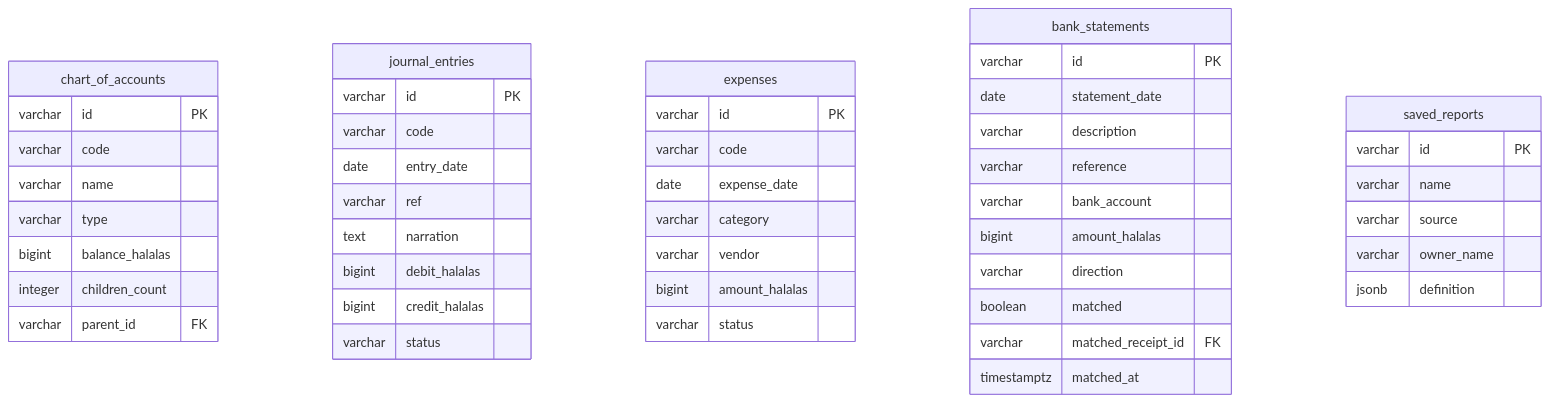
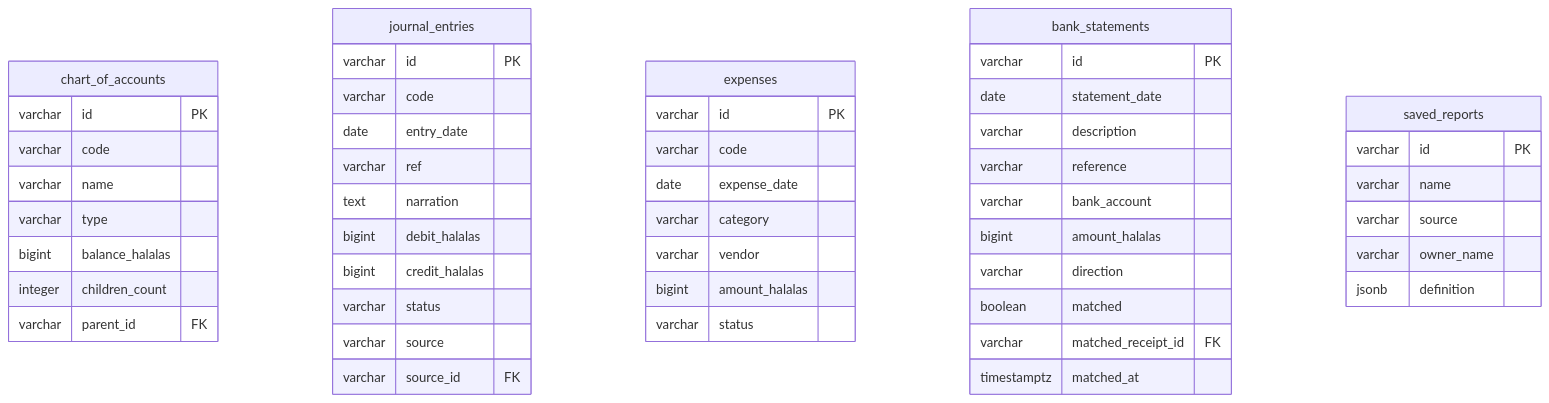
Before and after one commit to tazamohd/SlClNe: the diagram in docs/33_MASTER_DIAGRAM_LIBRARY/ERD/ACCOUNTING_ERD.md, drawn with Mermaid. The commit also changed other lines of this file and 141 other files, not shown here.

````diff
--- a/docs/33_MASTER_DIAGRAM_LIBRARY/ERD/ACCOUNTING_ERD.md
+++ b/docs/33_MASTER_DIAGRAM_LIBRARY/ERD/ACCOUNTING_ERD.md
@@ -15,50 +15,52 @@
 ```mermaid
 erDiagram
   chart_of_accounts {
     varchar id PK
     varchar code
     varchar name
     varchar type
     bigint balance_halalas
     integer children_count
     varchar parent_id FK
   }
   journal_entries {
     varchar id PK
     varchar code
     date entry_date
     varchar ref
     text narration
     bigint debit_halalas
     bigint credit_halalas
     varchar status
+    varchar source
+    varchar source_id FK
   }
   expenses {
     varchar id PK
     varchar code
     date expense_date
     varchar category
     varchar vendor
     bigint amount_halalas
     varchar status
   }
   bank_statements {
     varchar id PK
     date statement_date
     varchar description
     varchar reference
     varchar bank_account
     bigint amount_halalas
     varchar direction
     boolean matched
     varchar matched_receipt_id FK
     timestamptz matched_at
   }
   saved_reports {
     varchar id PK
     varchar name
     varchar source
     varchar owner_name
     jsonb definition
   }
 ```
````
